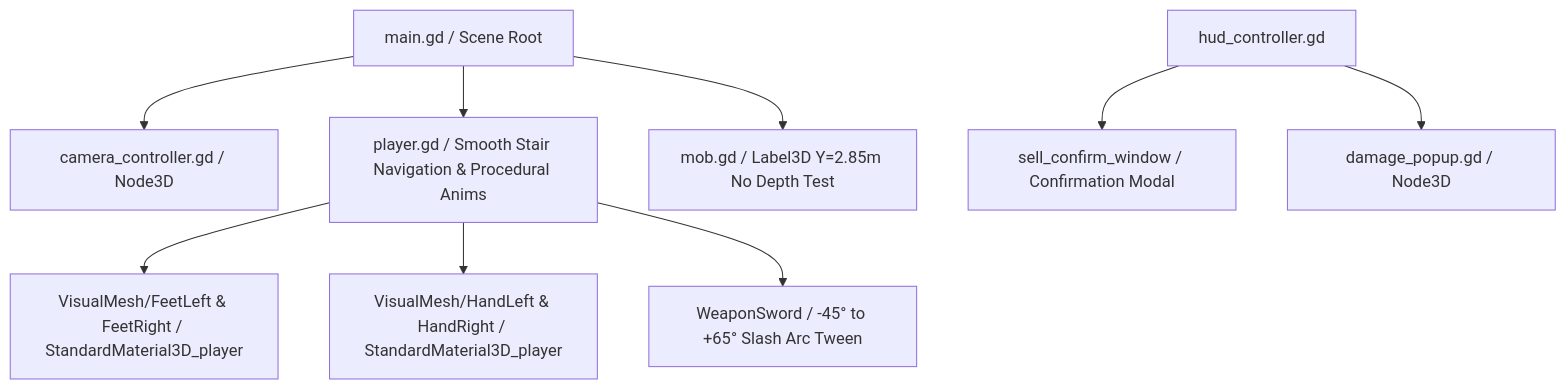
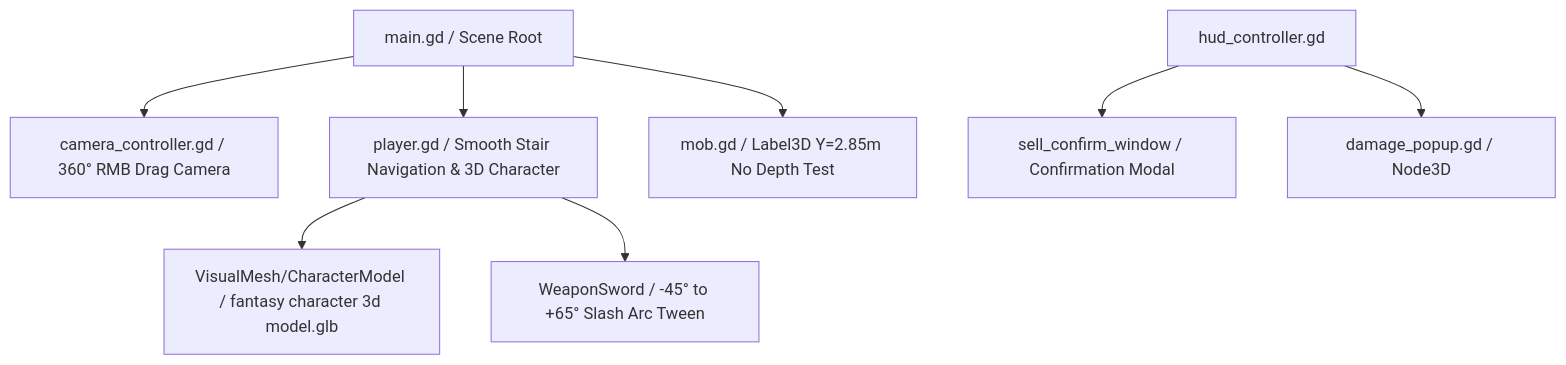
One commit to CristoferBernado/Aeon-Fantasy changed the diagram in CONTEXT.md. Above: the diagram before and after it, drawn with Mermaid. The commit also changed other lines of this file and 11 other files, not shown here.

````diff
--- a/CONTEXT.md
+++ b/CONTEXT.md
@@ -11,11 +11,10 @@
 ```mermaid
 graph TD
-    Main[main.gd / Scene Root] --> CameraRig[camera_controller.gd / Node3D]
-    Main --> Player[player.gd / Smooth Stair Navigation & Procedural Anims]
-    Player --> FeetSwing[VisualMesh/FeetLeft & FeetRight / StandardMaterial3D_player]
-    Player --> HandSwing[VisualMesh/HandLeft & HandRight / StandardMaterial3D_player]
+    Main[main.gd / Scene Root] --> CameraRig[camera_controller.gd / 360° RMB Drag Camera]
+    Main --> Player[player.gd / Smooth Stair Navigation & 3D Character]
+    Player --> CharacterModel[VisualMesh/CharacterModel / fantasy character 3d model.glb]
     Player --> SwordSlash[WeaponSword / -45° to +65° Slash Arc Tween]
     Main --> SaeronBoss[mob.gd / Label3D Y=2.85m No Depth Test]
     HUD[hud_controller.gd] --> SellConfirmDialog[sell_confirm_window / Confirmation Modal]
     HUD --> DamagePopup[damage_popup.gd / Node3D]
 ```
````
